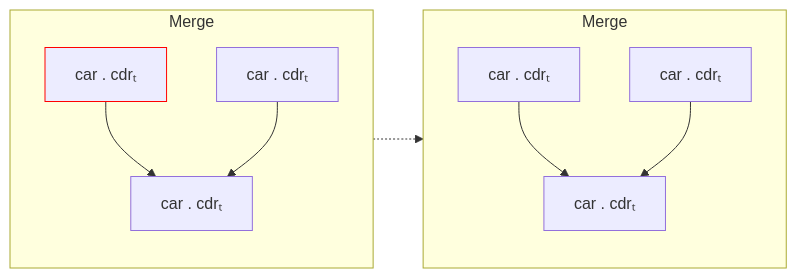
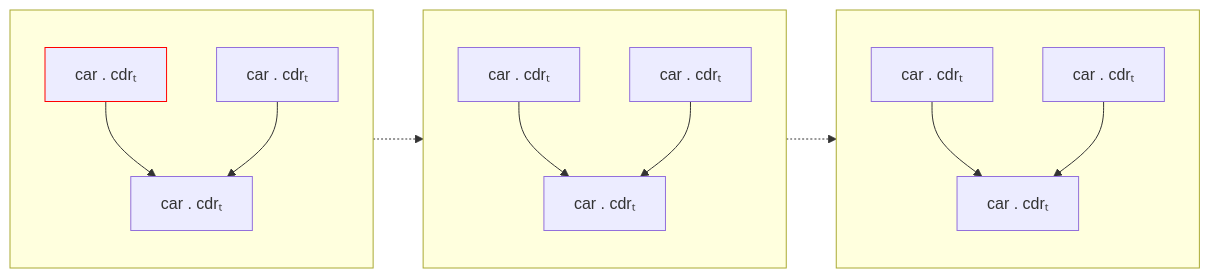
Before and after one commit to raviqqe/doc: the diagram in slides/papers/stak-scheme/merge.mmd, drawn with Mermaid.

```diff
--- a/slides/papers/stak-scheme/merge.mmd
+++ b/slides/papers/stak-scheme/merge.mmd
@@ -1,18 +1,27 @@
 flowchart LR
-  subgraph s0[Merge]
+  subgraph s0[ ]
     direction TB
 
     c0[car . cdrₜ]:::current --> c2[car . cdrₜ]
     c1[car . cdrₜ] --> c2
   end
 
   s0 -.-> s1
 
-  subgraph s1[Merge]
+  subgraph s1[ ]
     direction TB
 
     c3[car . cdrₜ] --> c5[car . cdrₜ]
     c4[car . cdrₜ] --> c5
   end
 
+  s1 -.-> s2
+
+  subgraph s2[ ]
+    direction TB
+
+    c6[car . cdrₜ] --> c8[car . cdrₜ]
+    c7[car . cdrₜ] --> c8
+  end
+
  classDef current stroke:red
```
